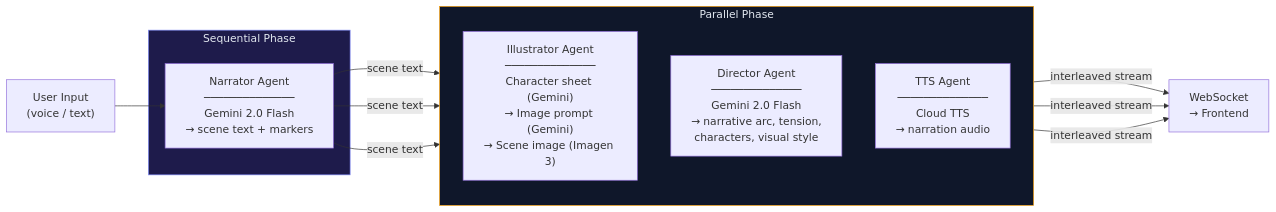
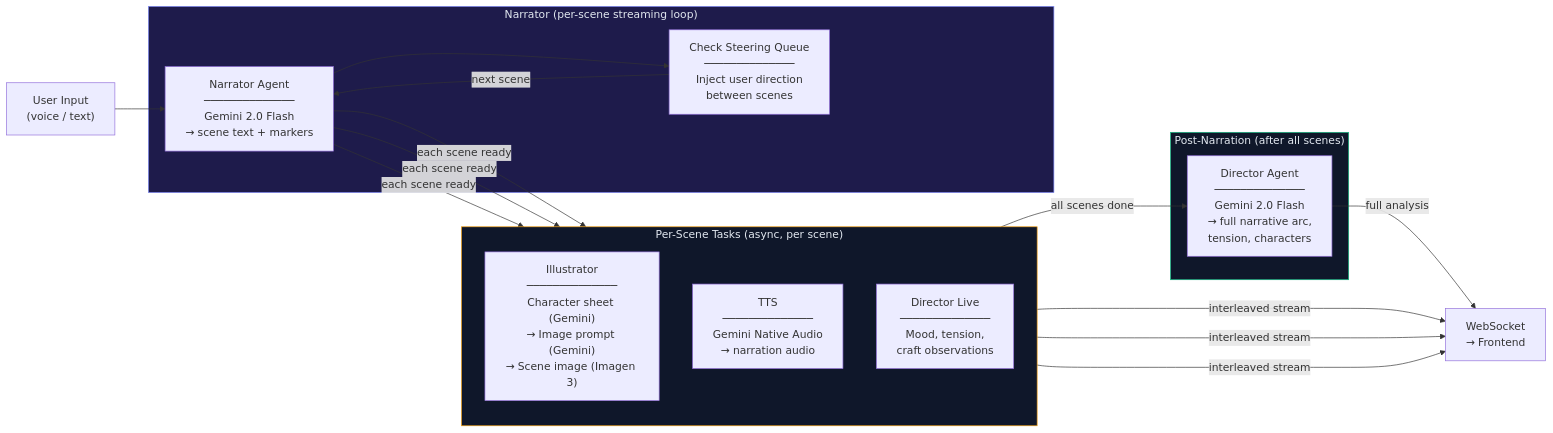
Before and after one commit to Dileep2896/reveria: the fourth of 8 diagrams in README.md, drawn with Mermaid. The commit also changed other lines of this file and 54 other files, not shown here.

````diff
--- a/README.md
+++ b/README.md
@@ -456,24 +482,34 @@
 ```mermaid
 flowchart LR
     Input["User Input<br/>(voice / text)"] --> Narrator
 
-    subgraph Sequential["Sequential Phase"]
+    subgraph NarratorLoop["Narrator (per-scene streaming loop)"]
         Narrator["Narrator Agent<br/>──────────────<br/>Gemini 2.0 Flash<br/>→ scene text + markers"]
+        Steering["Check Steering Queue<br/>──────────────<br/>Inject user direction<br/>between scenes"]
+        Narrator --> Steering
+        Steering -->|"next scene"| Narrator
     end
 
-    subgraph Parallel["Parallel Phase"]
+    subgraph PerSceneTasks["Per-Scene Tasks (async, per scene)"]
         direction TB
-        Illustrator["Illustrator Agent<br/>──────────────<br/>Character sheet (Gemini)<br/>→ Image prompt (Gemini)<br/>→ Scene image (Imagen 3)"]
-        Director["Director Agent<br/>──────────────<br/>Gemini 2.0 Flash<br/>→ narrative arc, tension,<br/>characters, visual style"]
-        TTSAgent["TTS Agent<br/>──────────────<br/>Cloud TTS<br/>→ narration audio"]
+        Illustrator["Illustrator<br/>──────────────<br/>Character sheet (Gemini)<br/>→ Image prompt (Gemini)<br/>→ Scene image (Imagen 3)"]
+        TTSAgent["TTS<br/>──────────────<br/>Gemini Native Audio<br/>→ narration audio"]
+        DirectorLive["Director Live<br/>──────────────<br/>Mood, tension,<br/>craft observations"]
     end
 
-    Narrator -->|scene text| Illustrator
-    Narrator -->|scene text| Director
-    Narrator -->|scene text| TTSAgent
+    subgraph PostNarration["Post-Narration (after all scenes)"]
+        Director["Director Agent<br/>──────────────<br/>Gemini 2.0 Flash<br/>→ full narrative arc,<br/>tension, characters"]
+    end
 
-    Illustrator & Director & TTSAgent -->|"interleaved stream"| WS["WebSocket<br/>→ Frontend"]
+    Narrator -->|"each scene ready"| Illustrator
+    Narrator -->|"each scene ready"| TTSAgent
+    Narrator -->|"each scene ready"| DirectorLive
+    PerSceneTasks -->|"all scenes done"| Director
 
-    style Sequential fill:#1e1b4b,stroke:#818cf8,color:#e2e8f0
-    style Parallel fill:#0f172a,stroke:#f59e0b,color:#e2e8f0
+    Illustrator & TTSAgent & DirectorLive -->|"interleaved stream"| WS["WebSocket<br/>→ Frontend"]
+    Director -->|"full analysis"| WS
+
+    style NarratorLoop fill:#1e1b4b,stroke:#818cf8,color:#e2e8f0
+    style PerSceneTasks fill:#0f172a,stroke:#f59e0b,color:#e2e8f0
+    style PostNarration fill:#0f172a,stroke:#10b981,color:#e2e8f0
 ```
````
